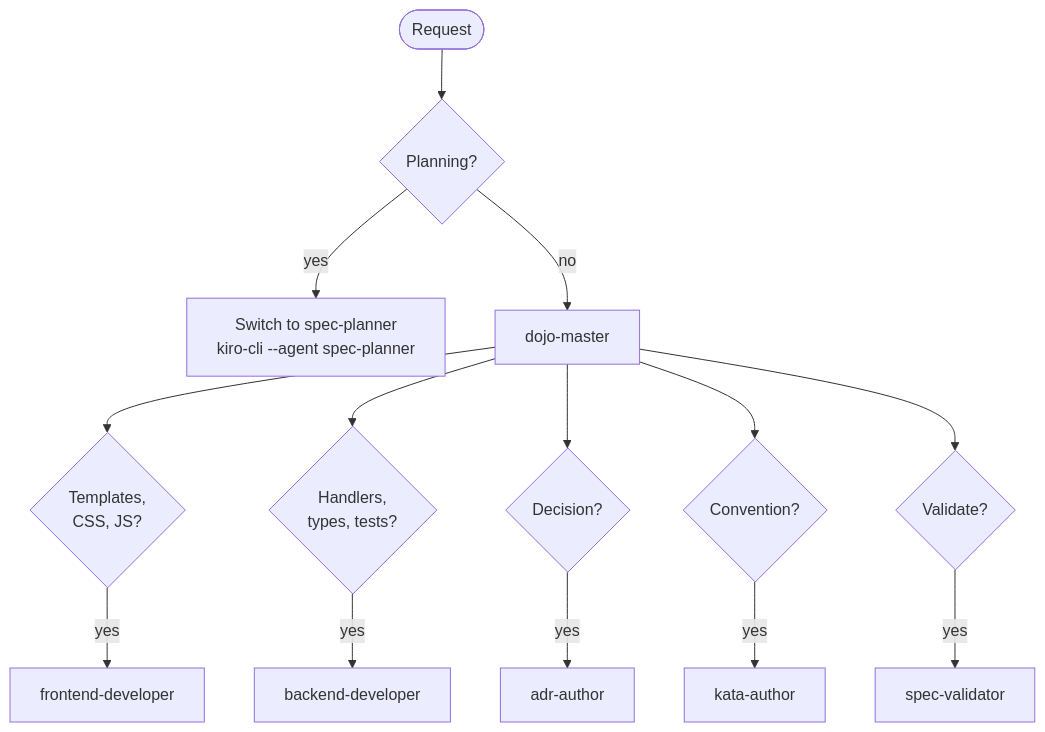
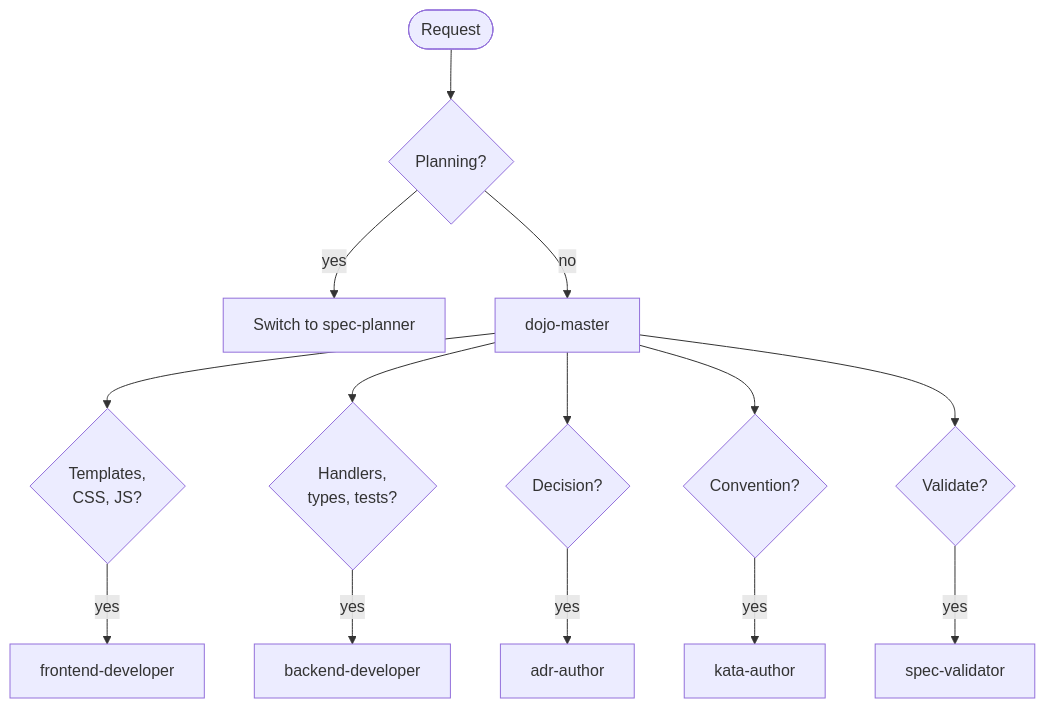
One commit to tovrleaf/openkata changed the fourth of 4 diagrams in web/docs/architecture/agent-workflow.md. Above: the diagram before and after it, drawn with Mermaid. The commit also changed 5 other files, not shown here.

First line of the commit message:
docs: stop using Kiro as the example agent

````diff
--- a/web/docs/architecture/agent-workflow.md
+++ b/web/docs/architecture/agent-workflow.md
@@ -55,16 +55,16 @@
 ```mermaid
 flowchart TD
     Request([Request]) --> IsPlanning{Planning?}
-    IsPlanning -->|yes| Direct["Switch to spec-planner<br/>kiro-cli --agent spec-planner"]
+    IsPlanning -->|yes| Direct["Switch to spec-planner"]
     IsPlanning -->|no| DM[dojo-master]
     DM --> IsUI{Templates,<br/>CSS, JS?}
     DM --> IsGo{Handlers,<br/>types, tests?}
     DM --> IsDecision{Decision?}
     DM --> IsConvention{Convention?}
     DM --> IsValidation{Validate?}
     IsUI -->|yes| FD[frontend-developer]
     IsGo -->|yes| BD[backend-developer]
     IsDecision -->|yes| ADR[adr-author]
     IsConvention -->|yes| KA[kata-author]
     IsValidation -->|yes| SV[spec-validator]
 ```
````
